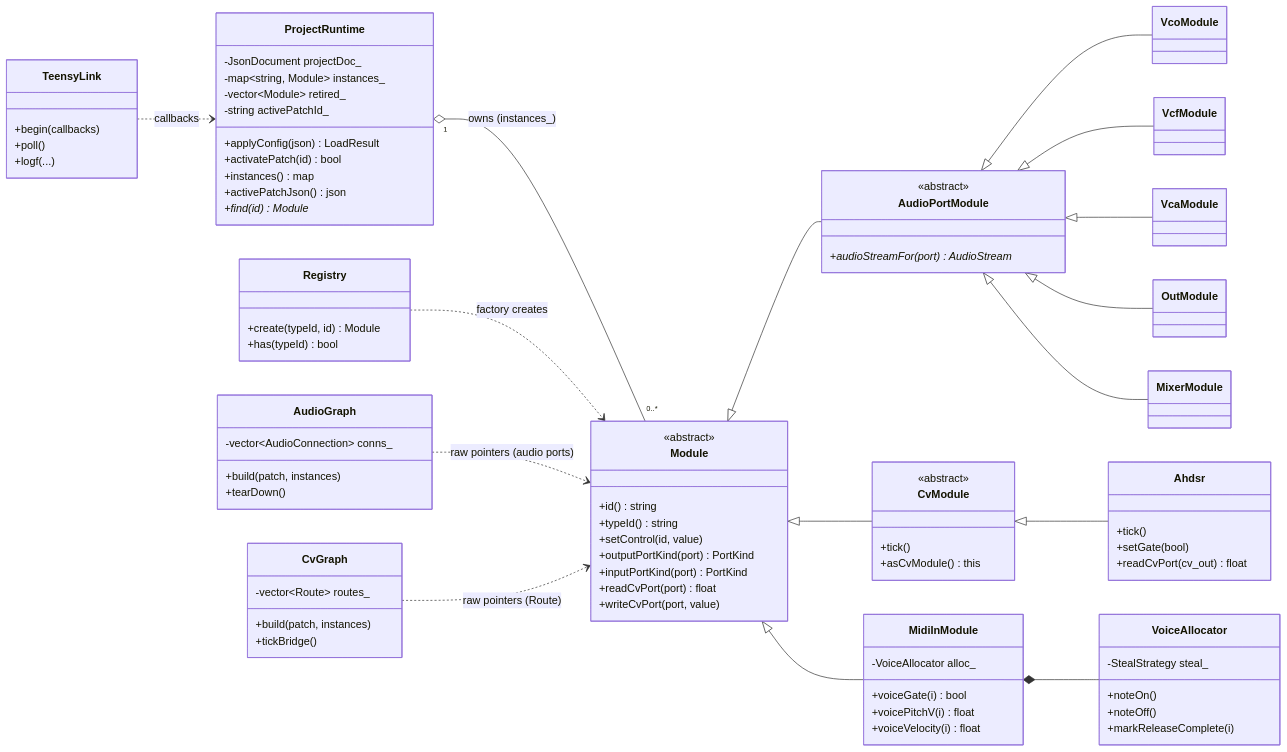
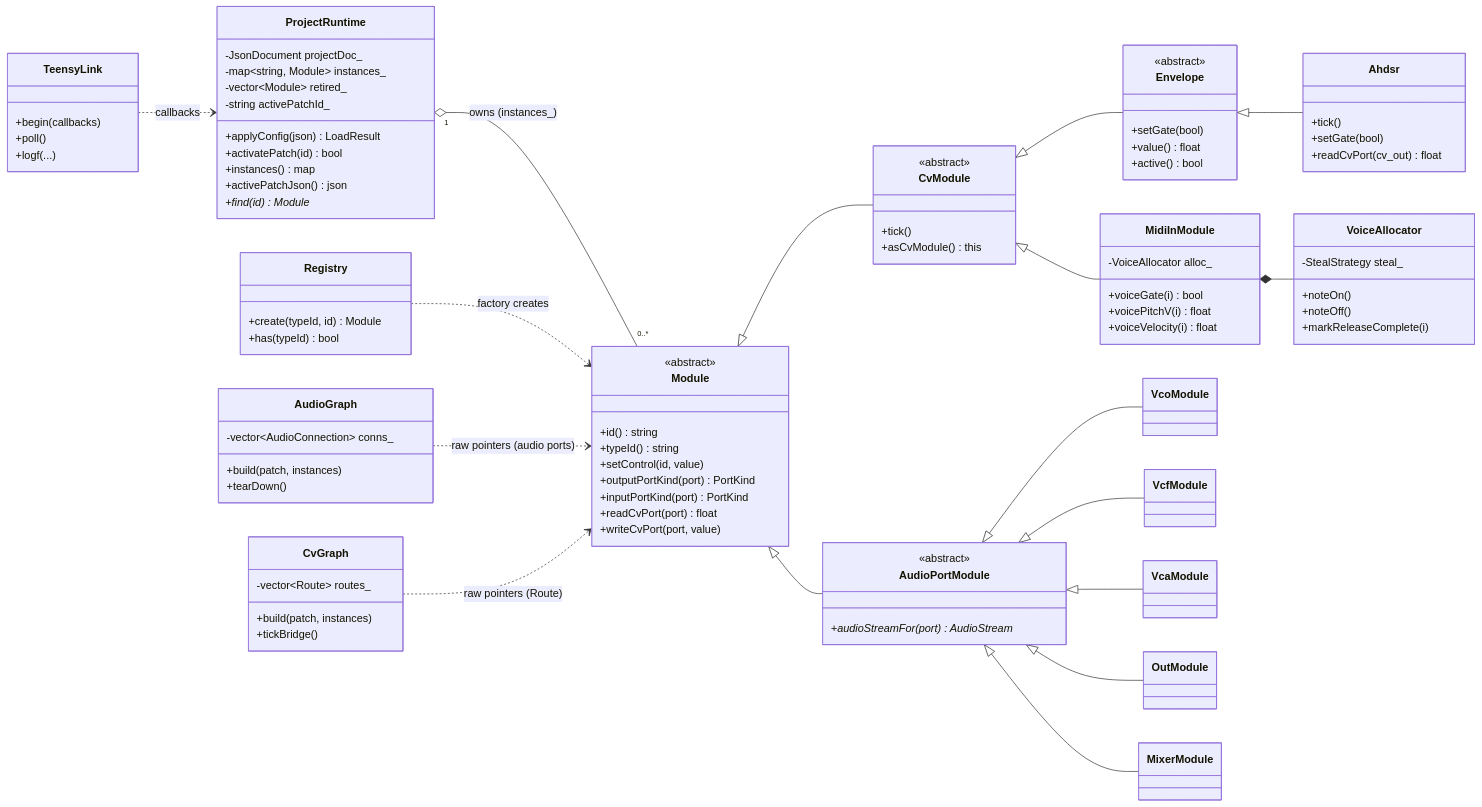
Before and after one commit to MarkWestbroek/MusicBrain: the first of 3 diagrams in doc/uml/07-modular-brain-runtime.md, drawn with Mermaid. The commit also changed other lines of this file and 2 other files, not shown here.

```diff
--- a/doc/uml/07-modular-brain-runtime.md
+++ b/doc/uml/07-modular-brain-runtime.md
@@ -71,6 +71,12 @@
         +tick()
         +asCvModule() this
     }
+    class Envelope {
+        <<abstract>>
+        +setGate(bool)
+        +value() float
+        +active() bool
+    }
     class Ahdsr {
         +tick()
         +setGate(bool)
@@ -100,8 +106,9 @@
     AudioPortModule <|-- OutModule
     AudioPortModule <|-- MixerModule
     Module <|-- CvModule
-    CvModule <|-- Ahdsr
-    Module <|-- MidiInModule
+    CvModule <|-- Envelope
+    Envelope <|-- Ahdsr
+    CvModule <|-- MidiInModule
     MidiInModule *-- VoiceAllocator
 
     TeensyLink ..> ProjectRuntime : callbacks
```
